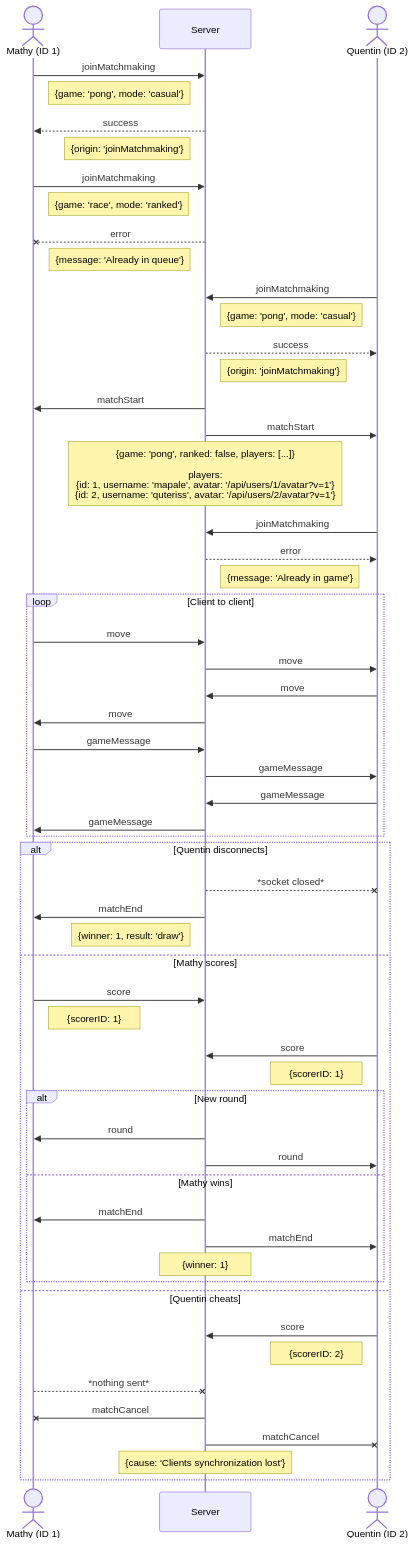
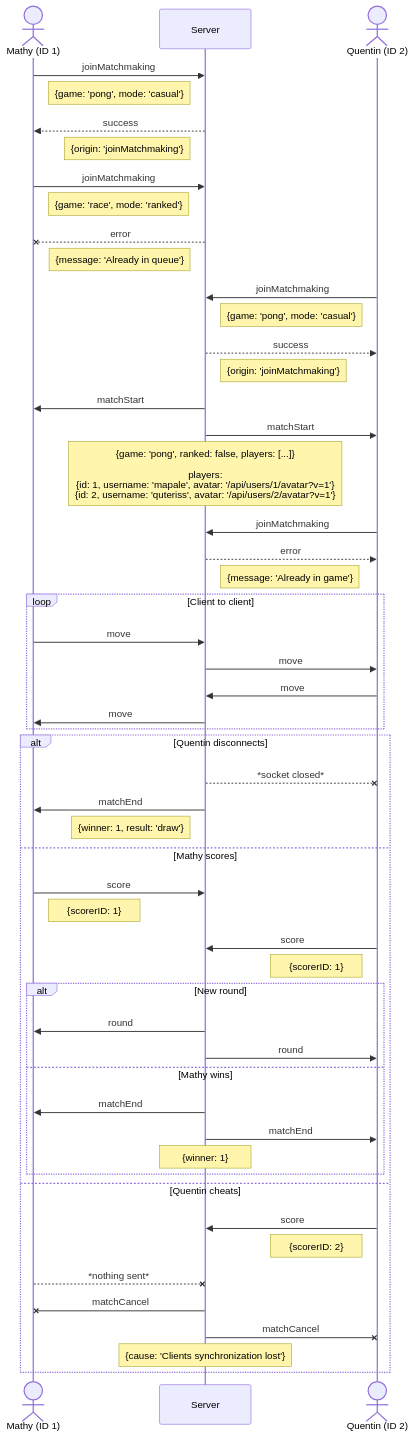
One commit to deydoux/42cursus-ft_transcendence changed the diagram in docs/WebSocket/match.md. Above: the diagram before and after it, drawn with Mermaid. The commit also changed 2 other files, not shown here.

Commit message:
refactor: remove gameMessage handling from WebSocket API and match logic

````diff
--- a/docs/WebSocket/match.md
+++ b/docs/WebSocket/match.md
@@ -3,70 +3,65 @@
 ```mermaid
 sequenceDiagram
   actor m as Mathy (ID 1)
   participant s as Server
   actor q as Quentin (ID 2)
 
   m ->> s: joinMatchmaking
   Note right of m: {game: 'pong', mode: 'casual'}
   s -->> m: success
   Note left of s: {origin: 'joinMatchmaking'}
 
   m ->> s: joinMatchmaking
   Note right of m: {game: 'race', mode: 'ranked'}
   s --x m: error
   Note left of s: {message: 'Already in queue'}
 
   q ->> s: joinMatchmaking
   Note left of q: {game: 'pong', mode: 'casual'}
   s -->> q: success
   Note right of s: {origin: 'joinMatchmaking'}
 
   s ->> m: matchStart
   s ->> q: matchStart
   Note over s: {game: 'pong', ranked: false, players: [...]}<br><br> players:<br>{id: 1, username: 'mapale', avatar: '/api/users/1/avatar?v=1'}<br>{id: 2, username: 'quteriss', avatar: '/api/users/2/avatar?v=1'}
 
   q ->> s: joinMatchmaking
   s -->> q: error
   Note right of s: {message: 'Already in game'}
 
   loop Client to client
     m ->> s: move
     s ->> q: move
     q ->> s: move
     s ->> m: move
-
-    m ->> s: gameMessage
-    s ->> q: gameMessage
-    q ->> s: gameMessage
-    s ->> m: gameMessage
   end
 
   alt Quentin disconnects
     s --x q: *socket closed*
     s ->> m: matchEnd
     Note left of s: {winner: 1, result: 'draw'}
 
   else Mathy scores
     m ->> s: score
     Note right of m: {scorerID: 1}
     q ->> s: score
     Note left of q: {scorerID: 1}
 
     alt New round
       s ->> m: round
       s ->> q: round
     else Mathy wins
       s ->> m: matchEnd
       s ->> q: matchEnd
       Note over s: {winner: 1}
     end
 
   else Quentin cheats
     q ->> s: score
     Note left of q: {scorerID: 2}
     m --x s: *nothing sent*
     s -x m: matchCancel
     s -x q: matchCancel
     Note over s: {cause: 'Clients synchronization lost'}
   end
 ```
````
